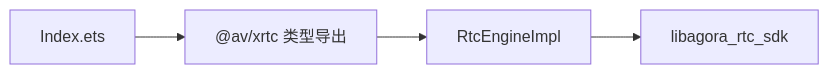
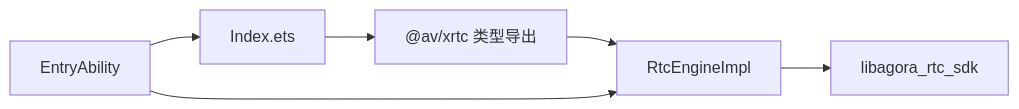
Before and after one commit to huz1xuan/harmony_XDY: the ninth of 9 diagrams in .qoder/repowiki/zh/content/主要功能模块/音视频通话系统/RTC引擎初始化.md, drawn with Mermaid. The commit also changed other lines of this file and 15 other files, not shown here.

````diff
--- a/.qoder/repowiki/zh/content/主要功能模块/音视频通话系统/RTC引擎初始化.md
+++ b/.qoder/repowiki/zh/content/主要功能模块/音视频通话系统/RTC引擎初始化.md
@@ -229,6 +290,8 @@
 ```mermaid
 graph LR
 Page["Index.ets"] --> Types["@av/xrtc 类型导出"]
 Types --> SDK["RtcEngineImpl"]
 SDK --> Native["libagora_rtc_sdk"]
+GlobalCtx["EntryAbility"] --> Page
+GlobalCtx --> SDK
 ```
````
